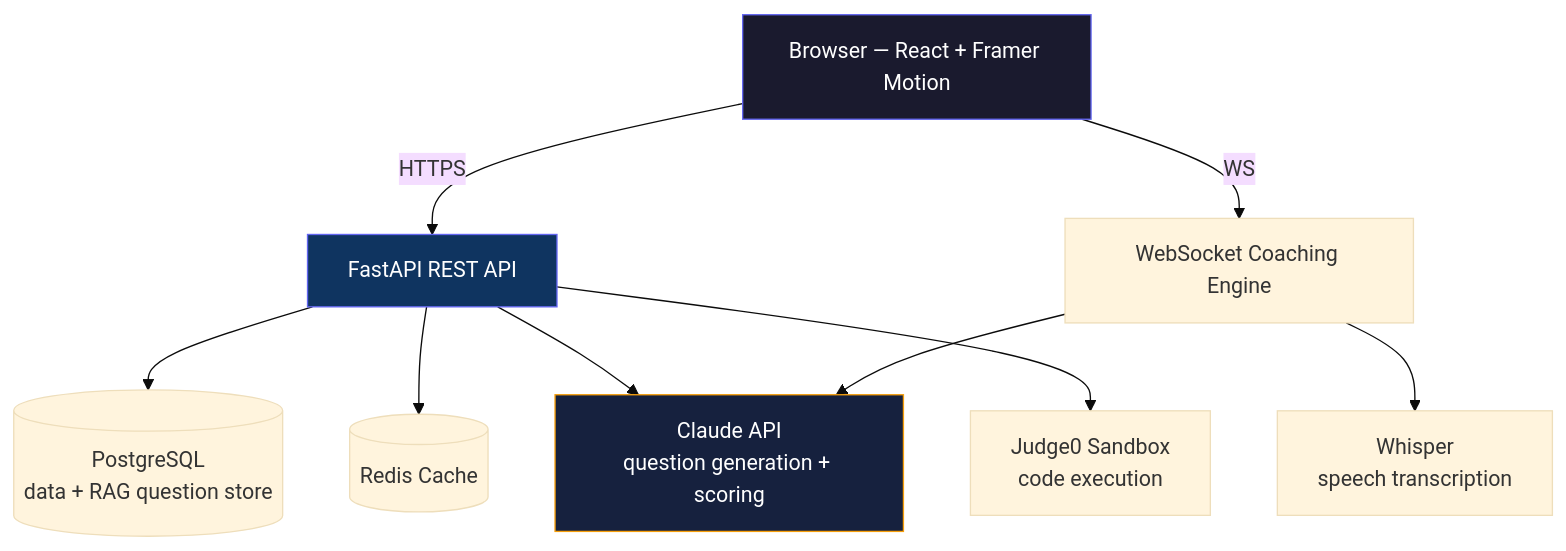
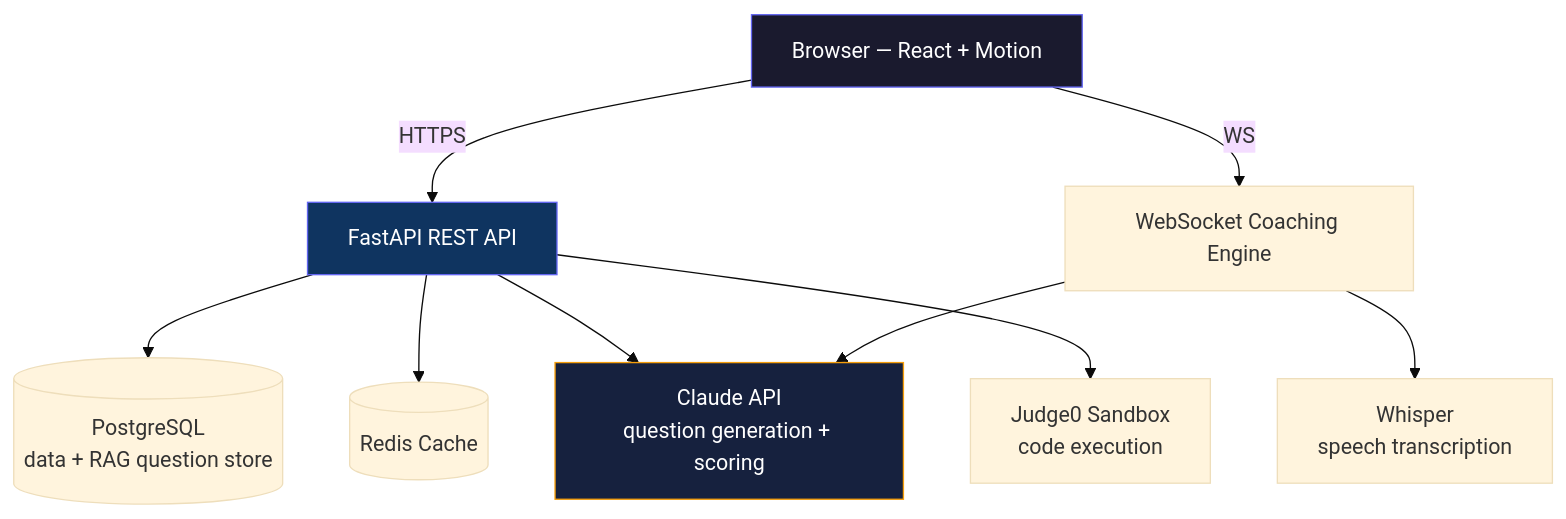
One commit to adhi2801/Interview-Coach-AI changed the diagram in README.md. Above: the diagram before and after it, drawn with Mermaid (base theme). The commit also changed other lines of this file and 29 other files, not shown here.

````diff
--- a/README.md
+++ b/README.md
@@ -25,24 +25,24 @@
 ```mermaid
 flowchart TB
-    User[Browser — React + Framer Motion]
+    User[Browser — React + Motion]
     API[FastAPI REST API]
     WS[WebSocket Coaching Engine]
     DB[(PostgreSQL<br/>data + RAG question store)]
     Cache[(Redis Cache)]
     Claude[Claude API<br/>question generation + scoring]
     Whisper[Whisper<br/>speech transcription]
     Judge0[Judge0 Sandbox<br/>code execution]
 
     User -->|HTTPS| API
     User -->|WS| WS
     API --> DB
     API --> Cache
     API --> Claude
     WS --> Whisper
     WS --> Claude
     API --> Judge0
 
     style User fill:#1a1a2e,stroke:#6366f1,color:#fff
     style API fill:#0f3460,stroke:#6366f1,color:#fff
     style Claude fill:#16213e,stroke:#f59e0b,color:#fff
 ```
````
